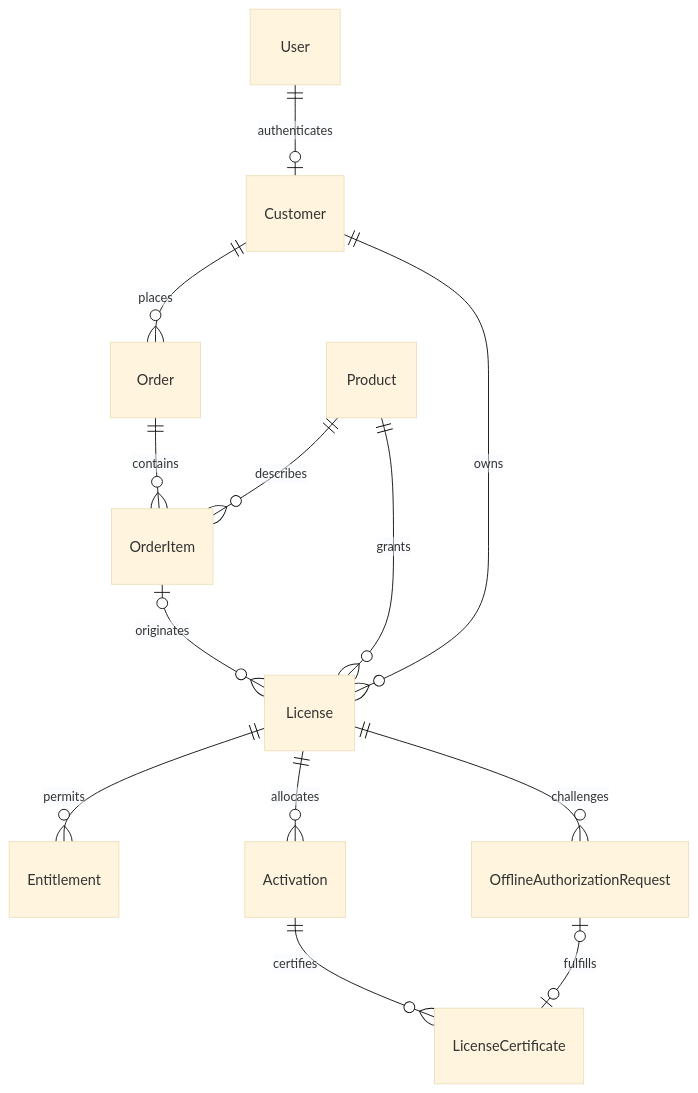
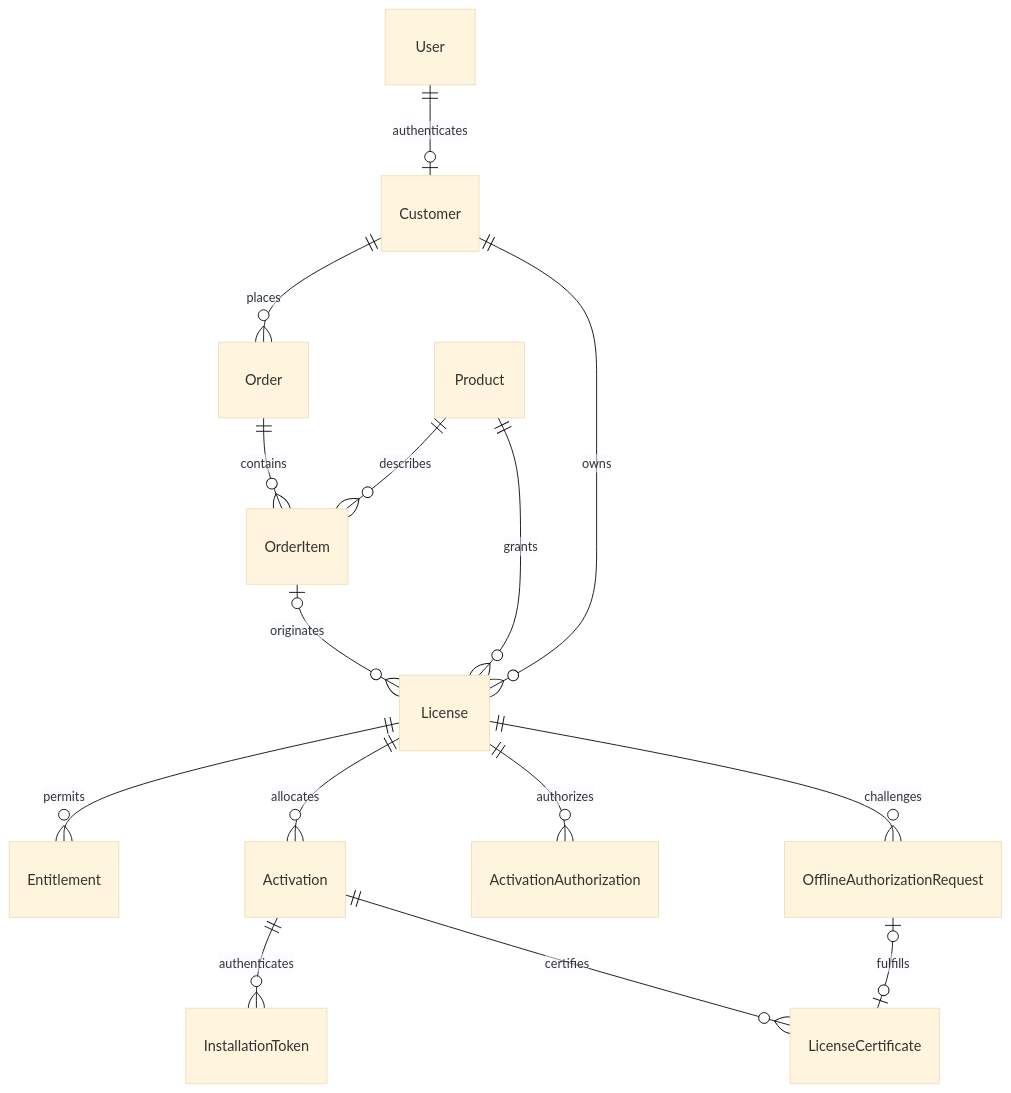
Before and after one commit to aboerstra/soundmine_platform: the diagram in docs/architecture.md, drawn with Mermaid (base theme). The commit also changed other lines of this file and 33 other files, not shown here.

````diff
--- a/docs/architecture.md
+++ b/docs/architecture.md
@@ -22,15 +22,17 @@
 ```mermaid
 erDiagram
     User ||--o| Customer : authenticates
     Customer ||--o{ Order : places
     Order ||--o{ OrderItem : contains
     Product ||--o{ OrderItem : describes
     Customer ||--o{ License : owns
     Product ||--o{ License : grants
     OrderItem o|--o{ License : originates
     License ||--o{ Entitlement : permits
     License ||--o{ Activation : allocates
+    License ||--o{ ActivationAuthorization : authorizes
+    Activation ||--o{ InstallationToken : authenticates
     License ||--o{ OfflineAuthorizationRequest : challenges
     Activation ||--o{ LicenseCertificate : certifies
     OfflineAuthorizationRequest o|--o| LicenseCertificate : fulfills
 ```
````
